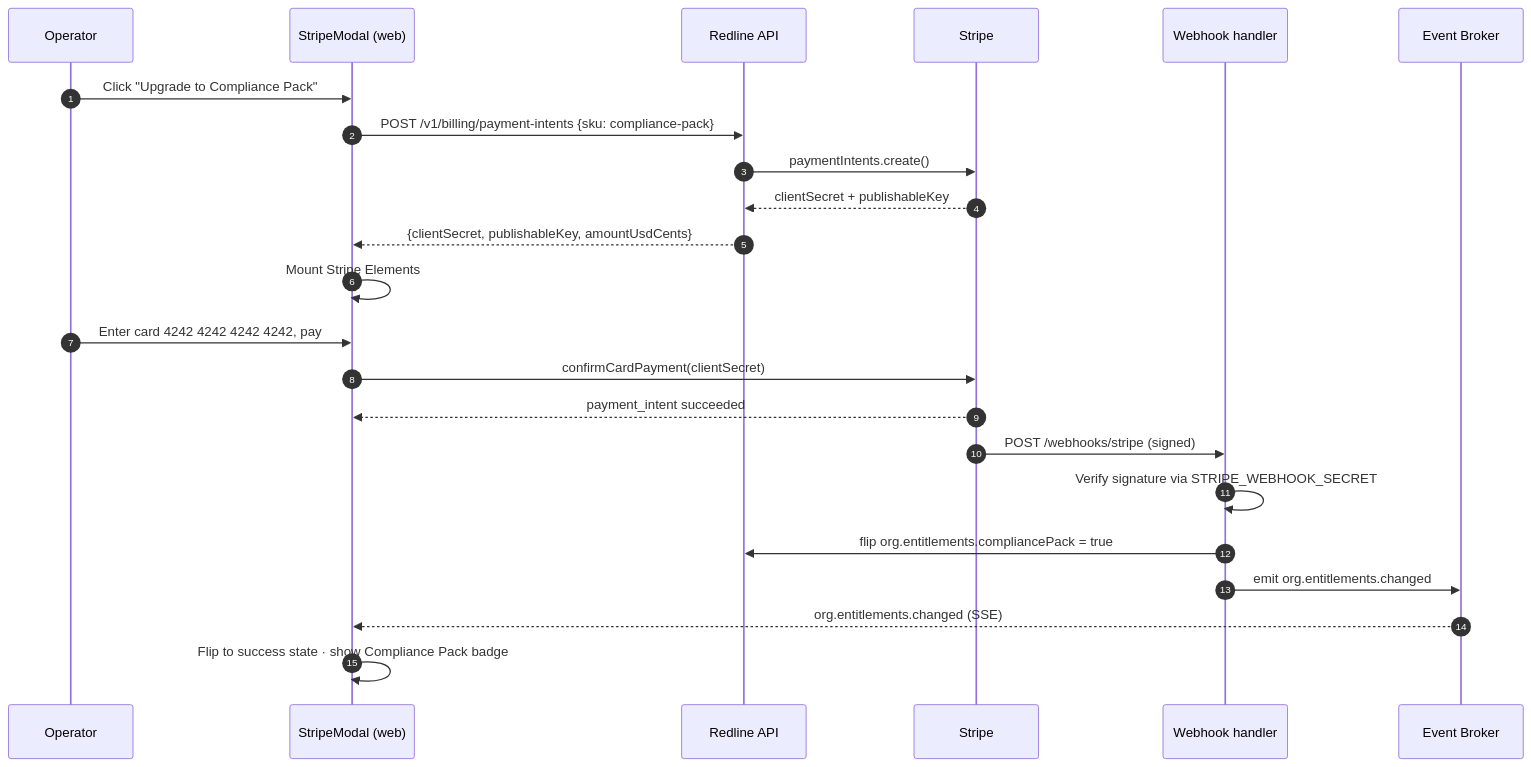
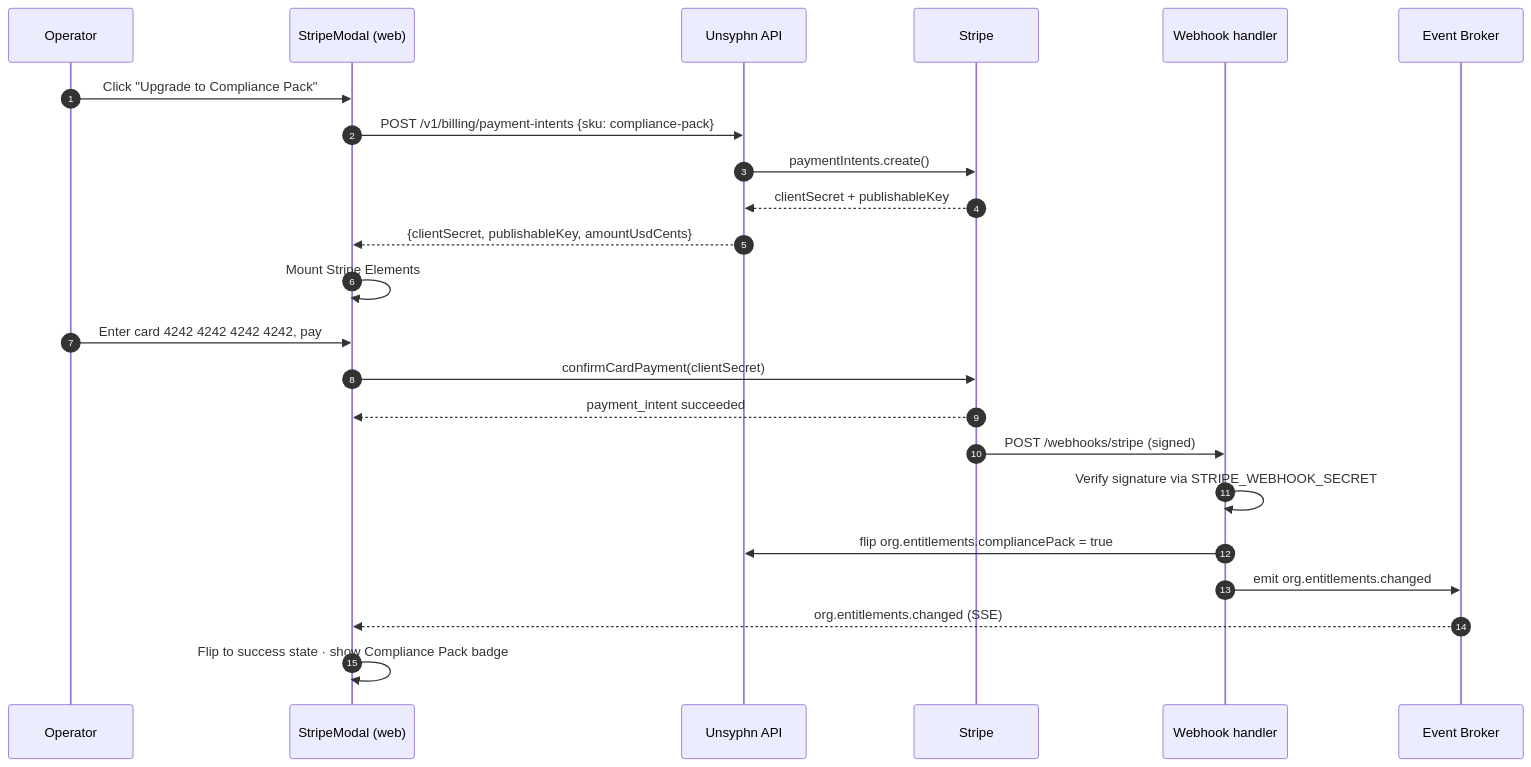
The fourth of 8 diagrams in README.md (d3v07/Datadog_Hackathon), drawn with Mermaid before and after one commit. The commit also changed other lines of this file and 1 other file, not shown here.

````diff
--- a/README.md
+++ b/README.md
@@ -287,26 +287,26 @@
 ```mermaid
 sequenceDiagram
     autonumber
     participant U as Operator
     participant W as StripeModal (web)
-    participant API as Redline API
+    participant API as Unsyphn API
     participant SX as Stripe
     participant H as Webhook handler
     participant Bus as Event Broker
 
     U->>W: Click "Upgrade to Compliance Pack"
     W->>API: POST /v1/billing/payment-intents {sku: compliance-pack}
     API->>SX: paymentIntents.create()
     SX-->>API: clientSecret + publishableKey
     API-->>W: {clientSecret, publishableKey, amountUsdCents}
     W->>W: Mount Stripe Elements
     U->>W: Enter card 4242 4242 4242 4242, pay
     W->>SX: confirmCardPayment(clientSecret)
     SX-->>W: payment_intent succeeded
     SX->>H: POST /webhooks/stripe (signed)
     H->>H: Verify signature via STRIPE_WEBHOOK_SECRET
     H->>API: flip org.entitlements.compliancePack = true
     H->>Bus: emit org.entitlements.changed
     Bus-->>W: org.entitlements.changed (SSE)
     W->>W: Flip to success state · show Compliance Pack badge
 ```
````
